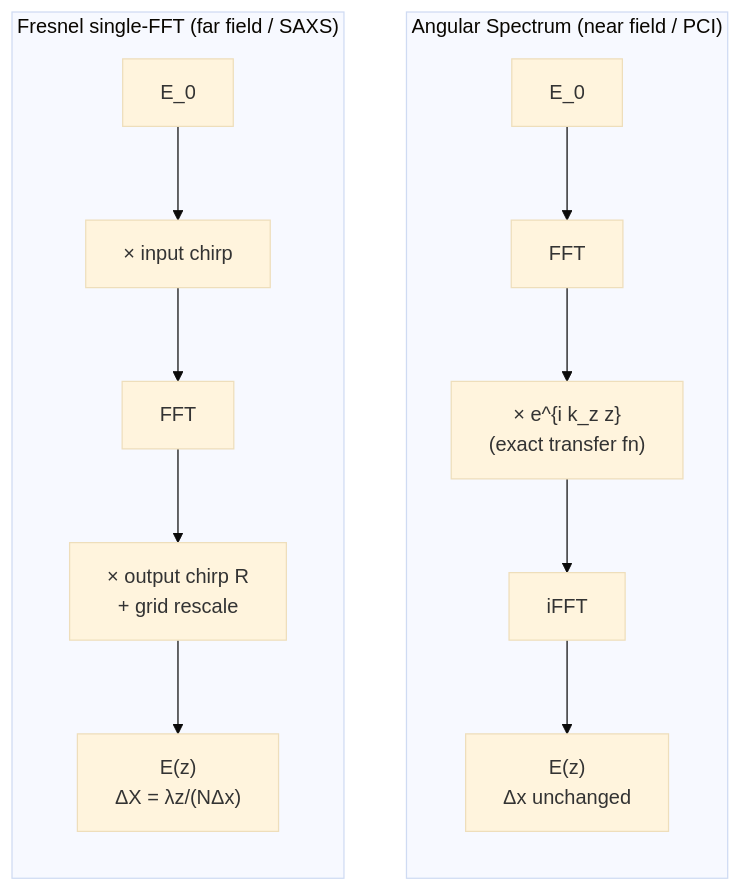
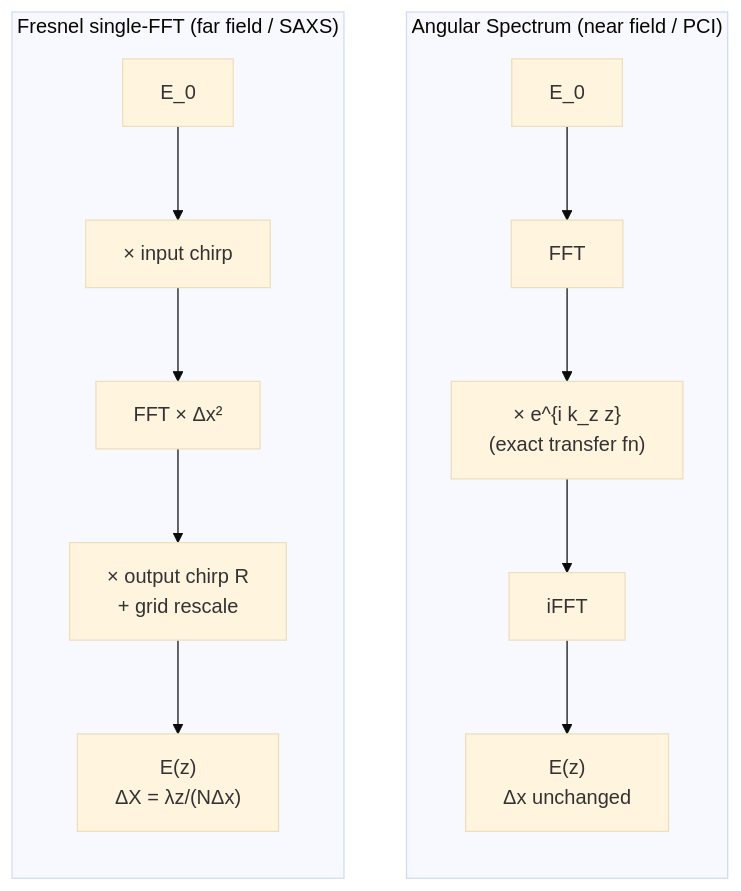
The third of 5 diagrams in PCI_Codebase/docs/propagators.md (wenfe/PCI_Codebase), drawn with Mermaid (base theme) before and after one commit. The commit also changed other lines of this file and 36 other files, not shown here.

````diff
--- a/PCI_Codebase/docs/propagators.md
+++ b/PCI_Codebase/docs/propagators.md
@@ -225,11 +269,11 @@
 ```mermaid
 flowchart TB
     subgraph AS["Angular Spectrum  (near field / PCI)"]
         direction TB
         a1["E_0"] --> a2["FFT"] --> a3["× e^{i k_z z}\n(exact transfer fn)"] --> a4["iFFT"] --> a5["E(z)\nΔx unchanged"]
     end
     subgraph FR["Fresnel single-FFT  (far field / SAXS)"]
         direction TB
-        f1["E_0"] --> f2["× input chirp"] --> f3["FFT"] --> f4["× output chirp R\n+ grid rescale"] --> f5["E(z)\nΔX = λz/(NΔx)"]
+        f1["E_0"] --> f2["× input chirp"] --> f3["FFT × Δx²"] --> f4["× output chirp R\n+ grid rescale"] --> f5["E(z)\nΔX = λz/(NΔx)"]
     end
 ```
````
